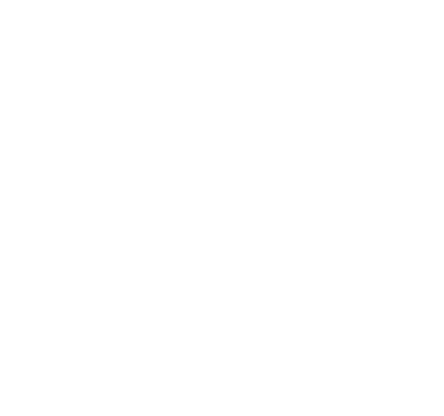
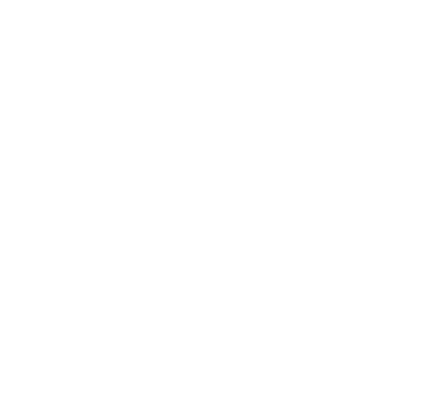
Before and after one commit to frasercrmck/llvm-leg: the diagram in docs/Codeplay/examples/ex5/ex5-post-isel.dot, drawn with Graphviz. The commit also changed 20 other files, not shown here.

```diff
--- a/docs/Codeplay/examples/ex5/ex5-post-isel.dot
+++ b/docs/Codeplay/examples/ex5/ex5-post-isel.dot
@@ -1,12 +1,12 @@
 digraph "scheduler input for foo:" {
 	rankdir="BT";
 	bgcolor="transparent";
 
 	Node0x410dd88 [shape=record,shape=Mrecord,label="{TargetConstant\<2\>|{<d0>i32}}", penwidth=3,color="white",fontname="Calibri",fontsize=16,fontcolor="white"];
-	Node0x410de90 [shape=record,shape=Mrecord,label="{{<s0>0}|MOVWi16|{<d0>i32}}", penwidth=3,color="white",fontname="Calibri",fontsize=16,fontcolor="white"];
+	Node0x410de90 [shape=record,shape=Mrecord,label="{{<s0>0}|MOVLOi16|{<d0>i32}}", penwidth=3,color="white",fontname="Calibri",fontsize=16,fontcolor="white"];
 	Node0x410de90:s0 -> Node0x410dd88:d0[penwidth=3,color="white",fontname="Calibri",fontsize=16,fontcolor="white"];
 	Node0x410df98 [shape=record,shape=Mrecord,label="{TargetConstant\<1\>|{<d0>i32}}", penwidth=3,color="white",fontname="Calibri",fontsize=16,fontcolor="white"];
-	Node0x410e0a0 [shape=record,shape=Mrecord,label="{{<s0>0|<s1>1}|MOVTi16|{<d0>i32}}", penwidth=3,color="white",fontname="Calibri",fontsize=16,fontcolor="white"];
+	Node0x410e0a0 [shape=record,shape=Mrecord,label="{{<s0>0|<s1>1}|MOVHIi16|{<d0>i32}}", penwidth=3,color="white",fontname="Calibri",fontsize=16,fontcolor="white"];
 	Node0x410e0a0:s0 -> Node0x410de90:d0[penwidth=3,color="white",fontname="Calibri",fontsize=16,fontcolor="white"];
 	Node0x410e0a0:s1 -> Node0x410df98:d0[penwidth=3,color="white",fontname="Calibri",fontsize=16,fontcolor="white"];
 }
```
